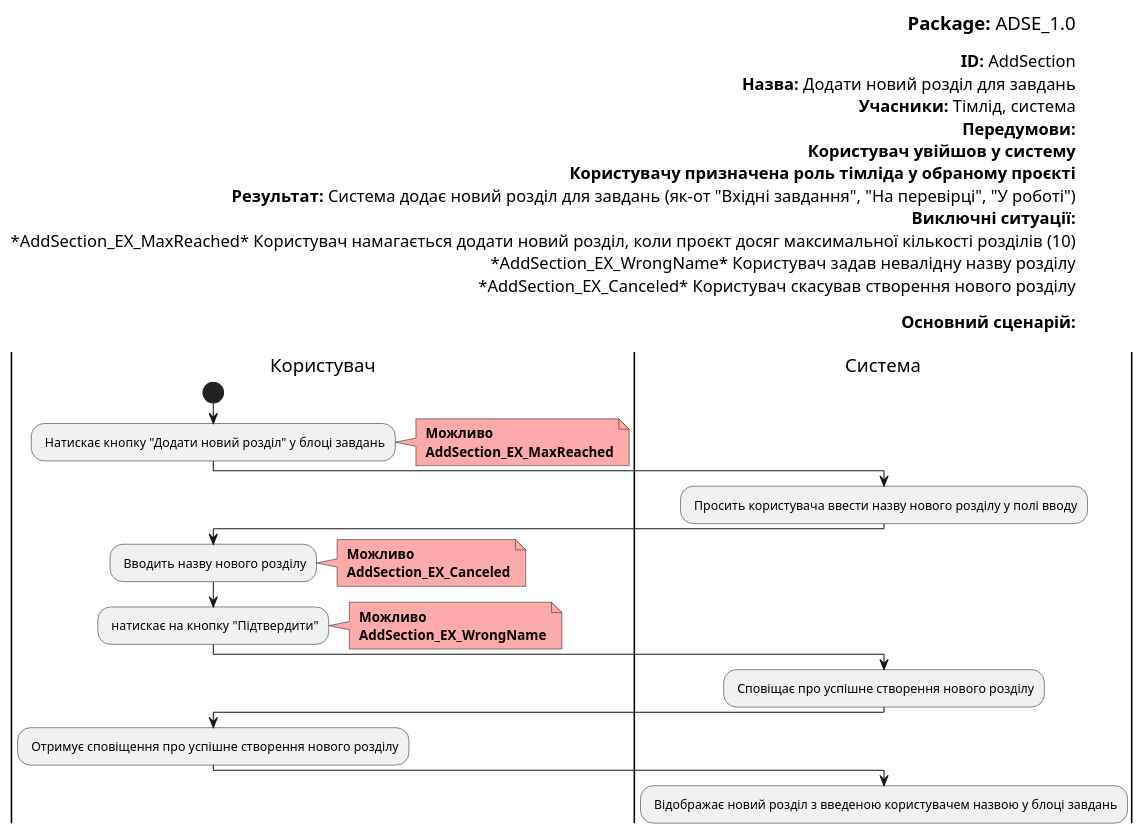
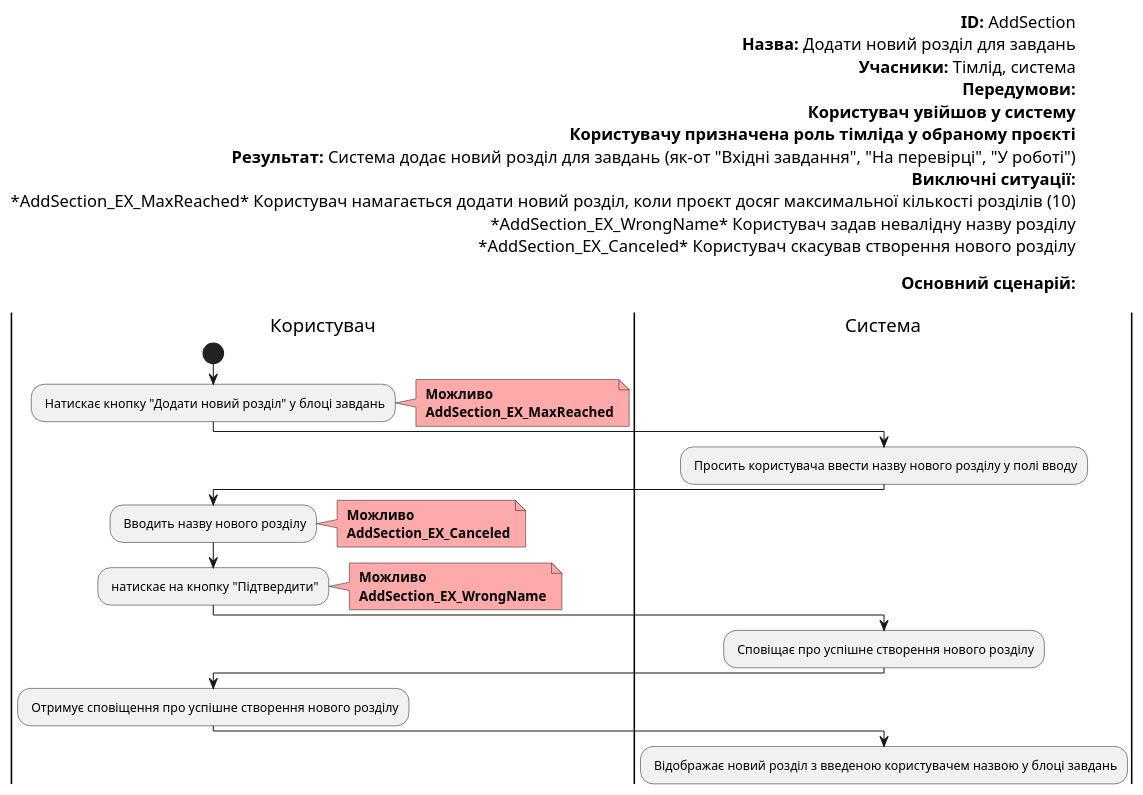
Diagram 12 of 19 in docs/use cases/README.md (boldak/edu-db-cw), drawn with PlantUML before and after one commit. The commit also changed other lines of this file, not shown here.

Commit message:
Finished adding labels and deleting package

```diff
--- a/docs/use cases/README.md
+++ b/docs/use cases/README.md
@@ -658,56 +658,54 @@
 @startuml
 
-    left header
-        <font color=000 size=18><b>Package:</b> ADSE_1.0
-        
+    left header        
         <font color=000 size=16><b>ID:</b> AddSection
         <font color=000 size=16><b>Назва:</b> Додати новий розділ для завдань
         <font color=000 size=16><b>Учасники:</b> Тімлід, система
         <font color=000 size=16><b>Передумови:</b> 
         <font color=000 size=16><b> Користувач увійшов у систему
         <font color=000 size=16><b> Користувачу призначена роль тімліда у обраному проєкті
         <font color=000 size=16><b>Результат:</b> Система додає новий розділ для завдань (як-от "Вхідні завдання", "На перевірці", "У роботі")
         <font color=000 size=16><b>Виключні ситуації:</b>
         <font color=000 size=16> *AddSection_EX_MaxReached* Користувач намагається додати новий розділ, коли проєкт досяг максимальної кількості розділів (10)
         <font color=000 size=16> *AddSection_EX_WrongName* Користувач задав невалідну назву розділу
         <font color=000 size=16> *AddSection_EX_Canceled* Користувач скасував створення нового розділу
 
         <font color=000 size=16><b>Основний сценарій:</b>
         
     end header
 
     |Користувач|
         start
         : Натискає кнопку "Додати новий розділ" у блоці завдань;
         note right #ffaaaa
         <b> Можливо
         <b> AddSection_EX_MaxReached
         end note
 
     |Система|
         : Просить користувача ввести назву нового розділу у полі вводу;
 
     |Користувач|
         : Вводить назву нового розділу;
         note right #ffaaaa
         <b> Можливо
         <b> AddSection_EX_Canceled
         end note
 
     |Користувач|
         : натискає на кнопку "Підтвердити";
         note right #ffaaaa
         <b> Можливо
         <b> AddSection_EX_WrongName
         end note
 
     |Система|
         : Сповіщає про успішне створення нового розділу;
 
     |Користувач|
         : Отримує сповіщення про успішне створення нового розділу;  
 
     |Система|
         : Відображає новий розділ з введеною користувачем назвою у блоці завдань;  
 
 @enduml
```
